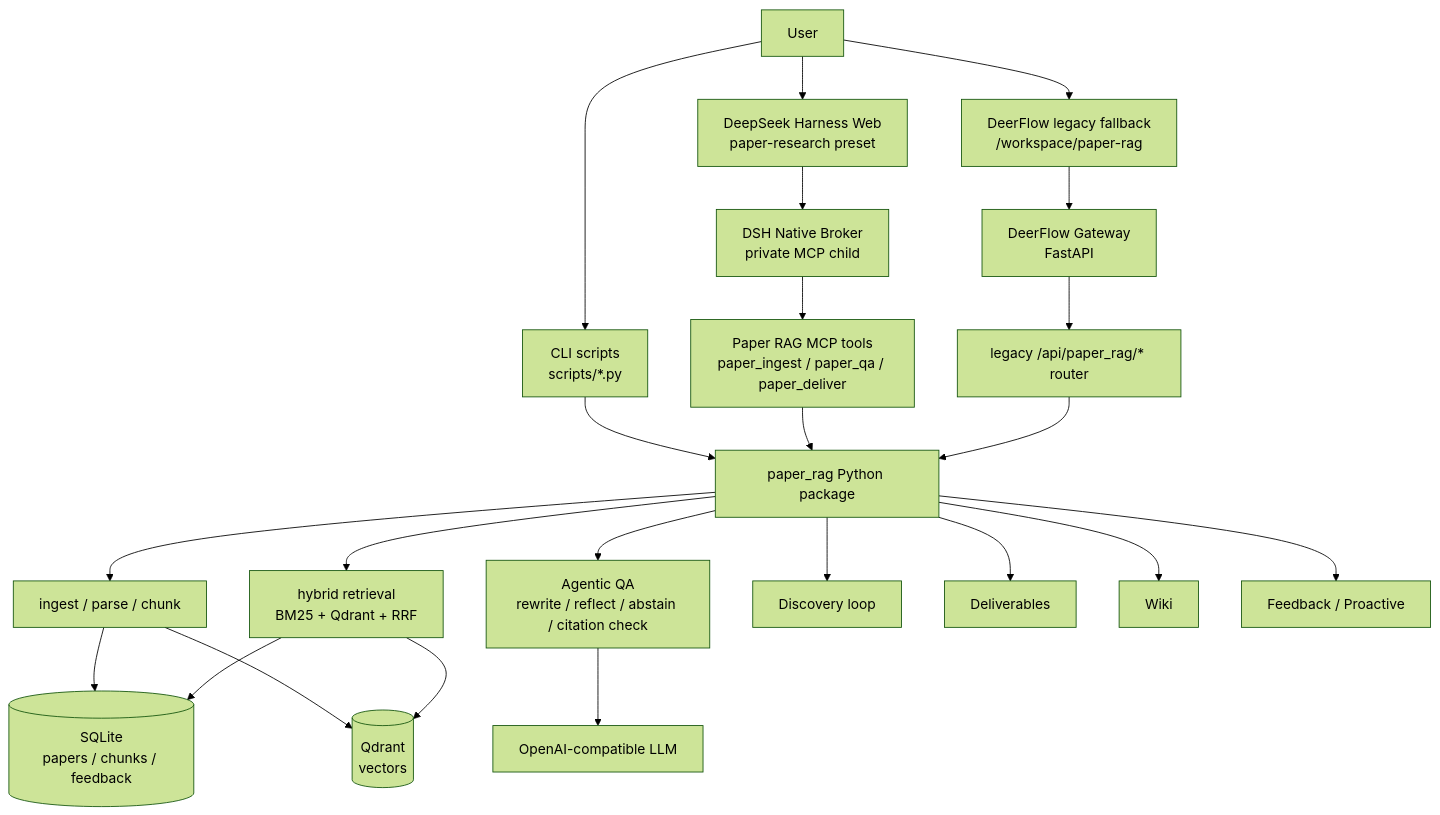
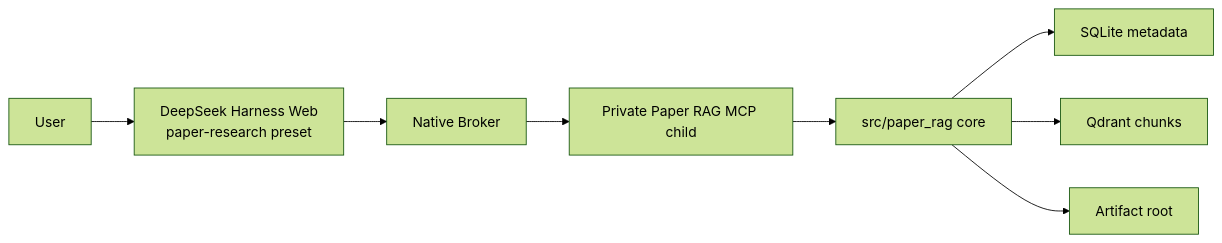
The diagram in README.md (vve11/agentic_rag), drawn with Mermaid (forest theme) before and after one commit. The commit also changed other lines of this file and 1348 other files, not shown here.

````diff
--- a/README.md
+++ b/README.md
@@ -47,28 +80,10 @@
 ```mermaid
-flowchart TB
-    U["User"] --> FE["DeepSeek Harness Web<br/>paper-research preset"]
-    U --> CLI["CLI scripts<br/>scripts/*.py"]
-    U --> LEGACY["DeerFlow legacy fallback<br/>/workspace/paper-rag"]
-
-    FE --> BROKER["DSH Native Broker<br/>private MCP child"]
-    BROKER --> MCP["Paper RAG MCP tools<br/>paper_ingest / paper_qa / paper_deliver"]
-    CLI --> PKG["paper_rag Python package"]
-    LEGACY --> GW["DeerFlow Gateway<br/>FastAPI"]
-    GW --> ROUTER["legacy /api/paper_rag/* router"]
-    MCP --> PKG
-    ROUTER --> PKG
-
-    PKG --> INGEST["ingest / parse / chunk"]
-    PKG --> RET["hybrid retrieval<br/>BM25 + Qdrant + RRF"]
-    PKG --> QA["Agentic QA<br/>rewrite / reflect / abstain / citation check"]
-    PKG --> DISC["Discovery loop"]
-    PKG --> DELIVER["Deliverables"]
-    PKG --> WIKI["Wiki"]
-    PKG --> PRO["Feedback / Proactive"]
-
-    INGEST --> SQL[("SQLite<br/>papers / chunks / feedback")]
-    INGEST --> QDR[("Qdrant<br/>vectors")]
-    RET --> SQL
-    RET --> QDR
-    QA --> LLM["OpenAI-compatible LLM"]
+flowchart LR
+    User["User"] --> DSH["DeepSeek Harness Web<br/>paper-research preset"]
+    DSH --> Broker["Native Broker"]
+    Broker --> MCP["Private Paper RAG MCP child"]
+    MCP --> Core["src/paper_rag core"]
+    Core --> SQLite["SQLite metadata"]
+    Core --> Qdrant["Qdrant chunks"]
+    Core --> Artifacts["Artifact root"]
 ```
````
